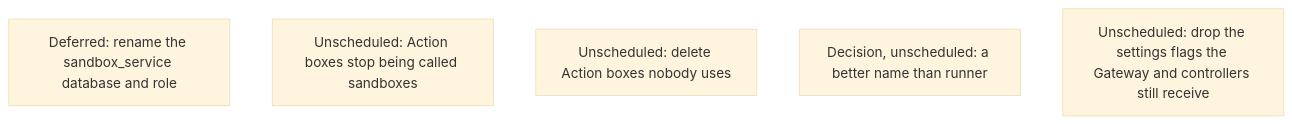
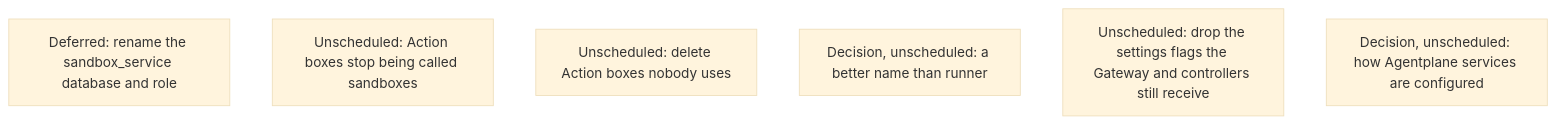
Before and after one commit to agentydragon/ducktape: diagram 12 of 17 in agentplane/plans/task_dag.md, drawn with Mermaid (base theme). The commit also changed other lines of this file, not shown here.

First line of the commit message:
agentplane: add a task DAG node to rethink how services are configured

````diff
--- a/agentplane/plans/task_dag.md
+++ b/agentplane/plans/task_dag.md
@@ -1638,8 +1638,9 @@
 ```mermaid
 flowchart TD
     HISTORY_DATABASE_RENAME[Deferred: rename the sandbox_service database and role]
     ACTION_BOX_RENAME[Unscheduled: Action boxes stop being called sandboxes]
     ACTION_BOX_IDLE_REAPER[Unscheduled: delete Action boxes nobody uses]
     RUNNER_RENAME[Decision, unscheduled: a better name than runner]
     GO_SERVICES_DROP_SETTINGS_FLAGS[Unscheduled: drop the settings flags the Gateway and controllers still receive]
+    SERVICE_SETTINGS_RETHINK[Decision, unscheduled: how Agentplane services are configured]
 ```
````
